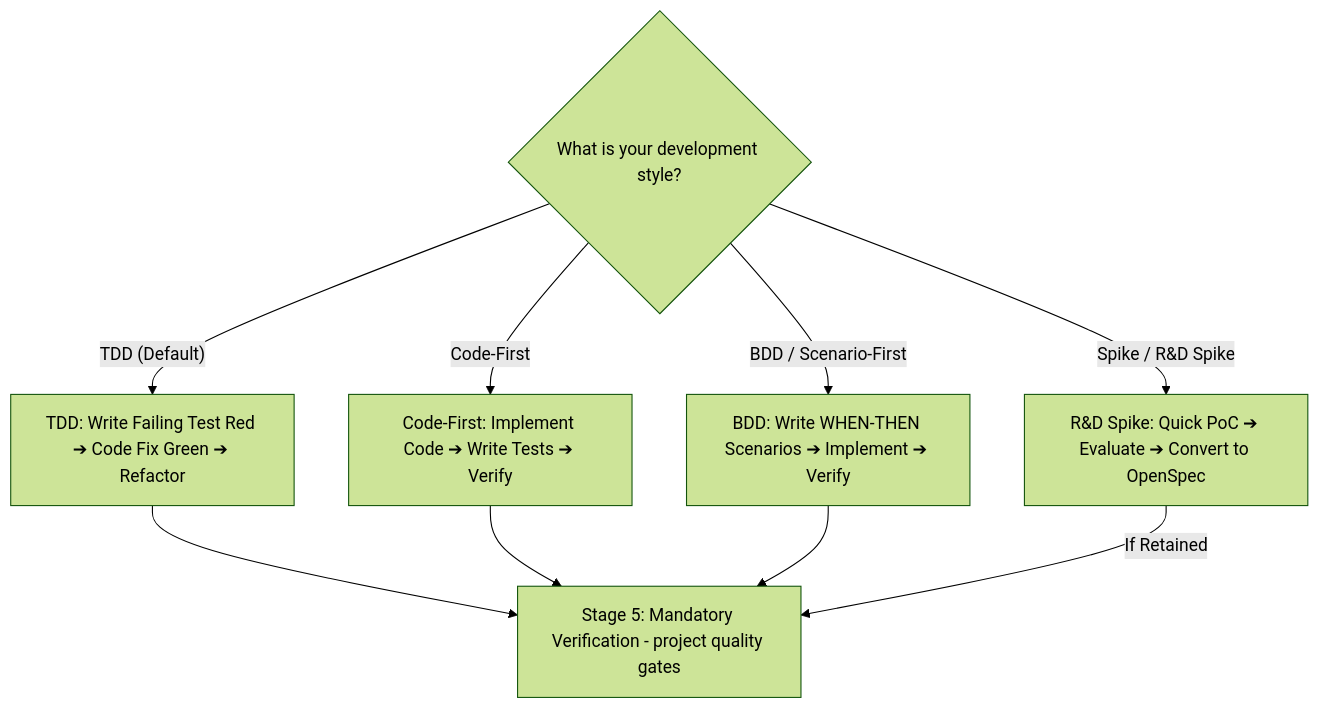
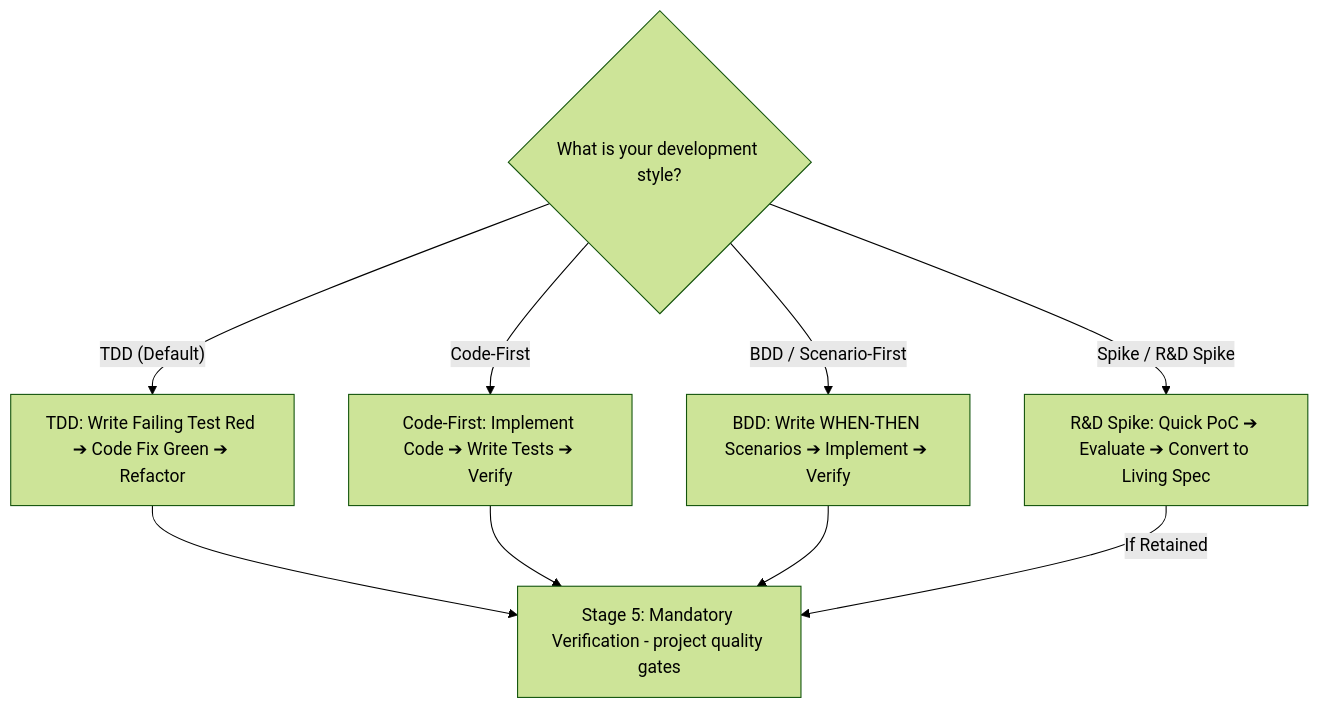
The seventh of 9 diagrams in docs/user-guide/quick-start-workflow-guide.md (mastepanoski/ce-ai), drawn with Mermaid (forest theme) before and after one commit. The commit also changed other lines of this file and 14 other files, not shown here.

````diff
--- a/docs/user-guide/quick-start-workflow-guide.md
+++ b/docs/user-guide/quick-start-workflow-guide.md
@@ -273,13 +273,13 @@
 ```mermaid
 flowchart TD
     CHOICE{"What is your development style?"}
     CHOICE -->|"TDD (Default)"| TDD["TDD: Write Failing Test Red ➔ Code Fix Green ➔ Refactor"]
     CHOICE -->|"Code-First"| CODE_FIRST["Code-First: Implement Code ➔ Write Tests ➔ Verify"]
     CHOICE -->|"BDD / Scenario-First"| BDD["BDD: Write WHEN-THEN Scenarios ➔ Implement ➔ Verify"]
-    CHOICE -->|"Spike / R&D Spike"| SPIKE["R&D Spike: Quick PoC ➔ Evaluate ➔ Convert to OpenSpec"]
+    CHOICE -->|"Spike / R&D Spike"| SPIKE["R&D Spike: Quick PoC ➔ Evaluate ➔ Convert to Living Spec"]
 
     TDD --> GATE["Stage 5: Mandatory Verification - project quality gates"]
     CODE_FIRST --> GATE
     BDD --> GATE
     SPIKE -->|"If Retained"| GATE
 ```
````
